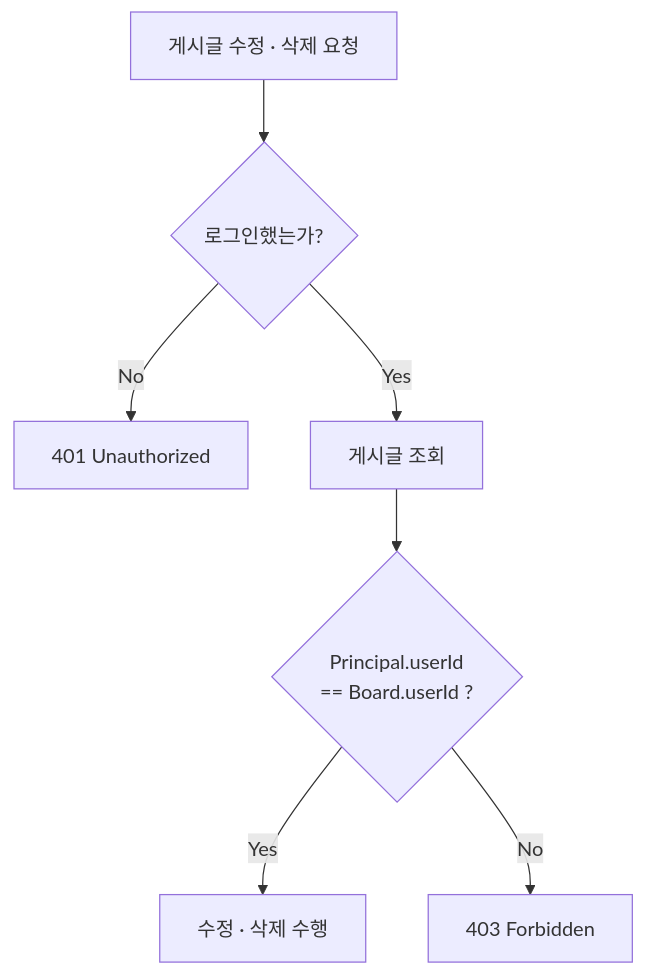
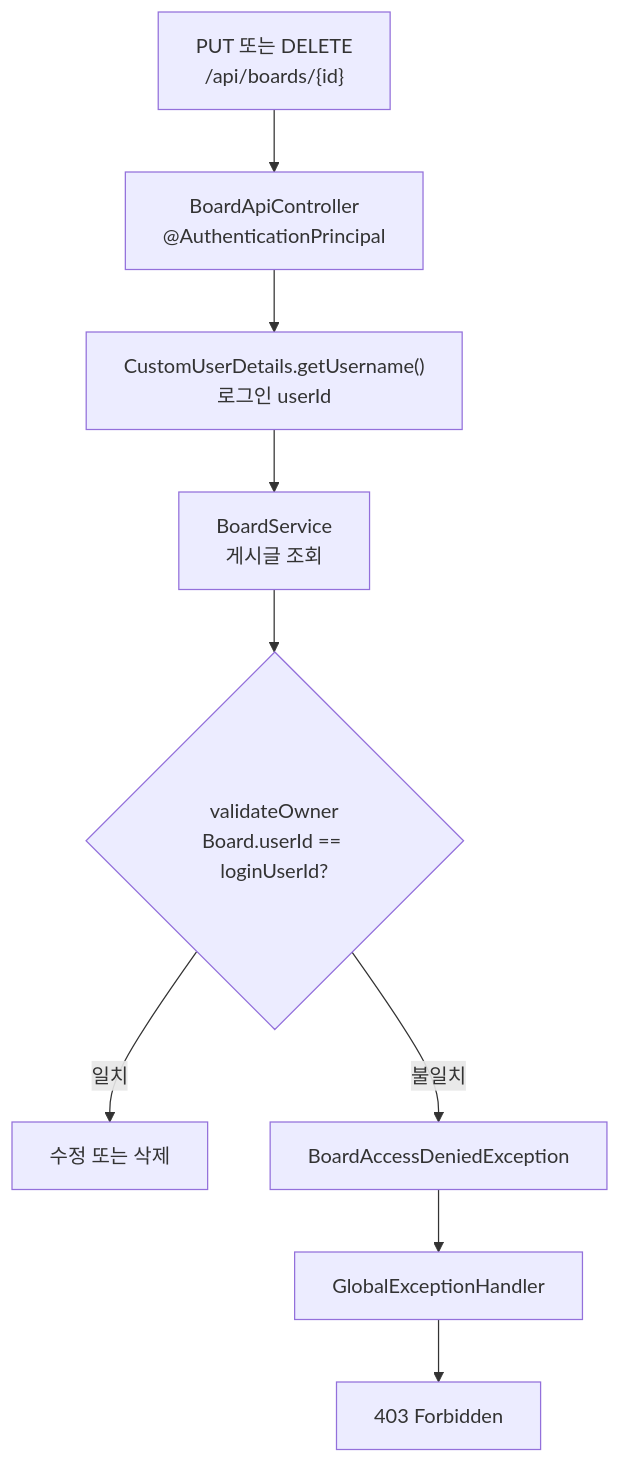
One commit to Kimm-jin/Programmers-dev-lect changed the fourth of 5 diagrams in report/Spring-security/basic-board/README.md. Above: the diagram before and after it, drawn with Mermaid. The commit also changed other lines of this file and 27 other files, not shown here.

````diff
--- a/report/Spring-security/basic-board/README.md
+++ b/report/Spring-security/basic-board/README.md
@@ -124,9 +152,11 @@
 ```mermaid
 flowchart TD
-    Q["게시글 수정 · 삭제 요청"] --> L{"로그인했는가?"}
-    L -->|"No"| E401["401 Unauthorized"]
-    L -->|"Yes"| B["게시글 조회"]
-    B --> O{"Principal.userId<br/>== Board.userId ?"}
-    O -->|"Yes"| OK["수정 · 삭제 수행"]
-    O -->|"No"| E403["403 Forbidden"]
+    REQ["PUT 또는 DELETE<br/>/api/boards/{id}"] --> PRINCIPAL["BoardApiController<br/>@AuthenticationPrincipal"]
+    PRINCIPAL --> UID["CustomUserDetails.getUsername()<br/>로그인 userId"]
+    UID --> FIND["BoardService<br/>게시글 조회"]
+    FIND --> OWNER{"validateOwner<br/>Board.userId == loginUserId?"}
+    OWNER -->|일치| OK["수정 또는 삭제"]
+    OWNER -->|불일치| DENY["BoardAccessDeniedException"]
+    DENY --> HANDLER["GlobalExceptionHandler"]
+    HANDLER --> E403["403 Forbidden"]
 ```
````
